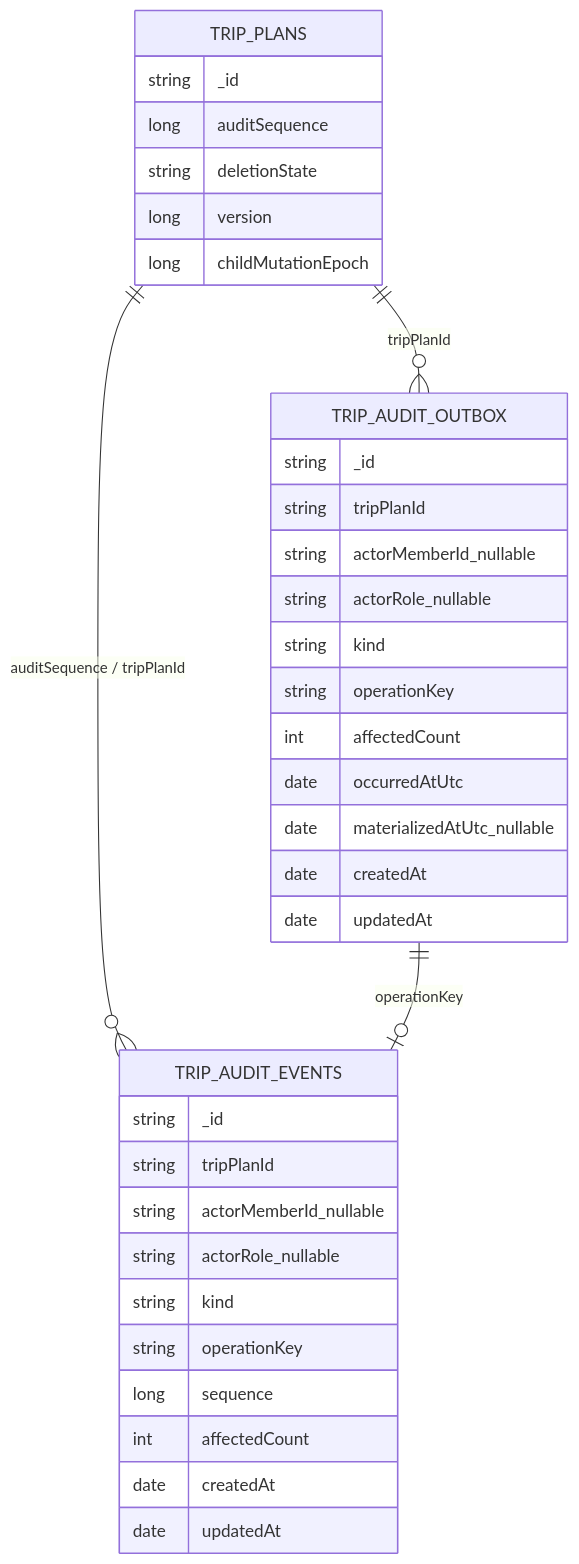
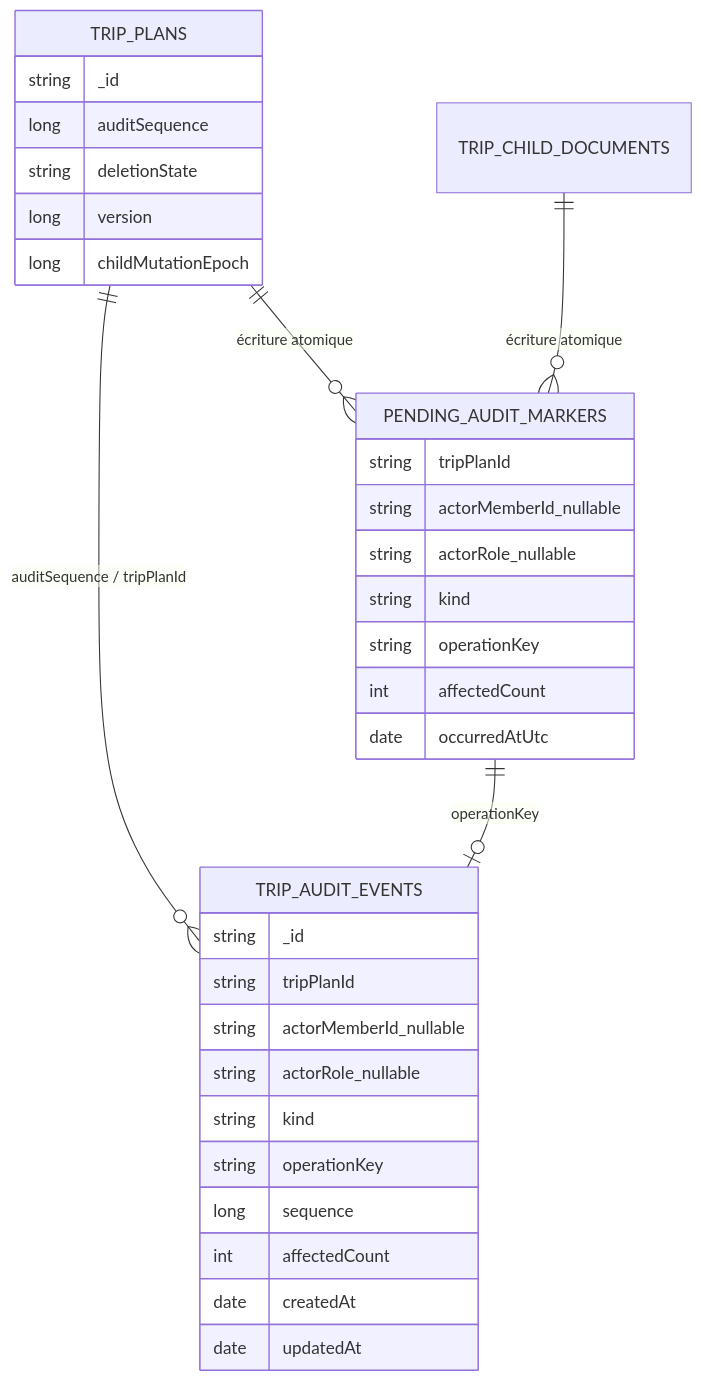
The second of 4 diagrams in docs/architecture/product-growth-trip-10-audit-concurrency-2026-09-18.md (Ced59/AmusementParkProject), drawn with Mermaid before and after one commit. The commit also changed other lines of this file and 47 other files, not shown here.

````diff
--- a/docs/architecture/product-growth-trip-10-audit-concurrency-2026-09-18.md
+++ b/docs/architecture/product-growth-trip-10-audit-concurrency-2026-09-18.md
@@ -120,38 +121,35 @@
 ```mermaid
 erDiagram
     TRIP_PLANS ||--o{ TRIP_AUDIT_EVENTS : "auditSequence / tripPlanId"
-    TRIP_PLANS ||--o{ TRIP_AUDIT_OUTBOX : "tripPlanId"
-    TRIP_AUDIT_OUTBOX ||--o| TRIP_AUDIT_EVENTS : "operationKey"
+    TRIP_PLANS ||--o{ PENDING_AUDIT_MARKERS : "écriture atomique"
+    TRIP_CHILD_DOCUMENTS ||--o{ PENDING_AUDIT_MARKERS : "écriture atomique"
+    PENDING_AUDIT_MARKERS ||--o| TRIP_AUDIT_EVENTS : "operationKey"
     TRIP_PLANS {
       string _id
       long auditSequence
       string deletionState
       long version
       long childMutationEpoch
     }
     TRIP_AUDIT_EVENTS {
       string _id
       string tripPlanId
       string actorMemberId_nullable
       string actorRole_nullable
       string kind
       string operationKey
       long sequence
       int affectedCount
       date createdAt
       date updatedAt
     }
-    TRIP_AUDIT_OUTBOX {
-      string _id
+    PENDING_AUDIT_MARKERS {
       string tripPlanId
       string actorMemberId_nullable
       string actorRole_nullable
       string kind
       string operationKey
       int affectedCount
       date occurredAtUtc
-      date materializedAtUtc_nullable
-      date createdAt
-      date updatedAt
     }
 ```
````
